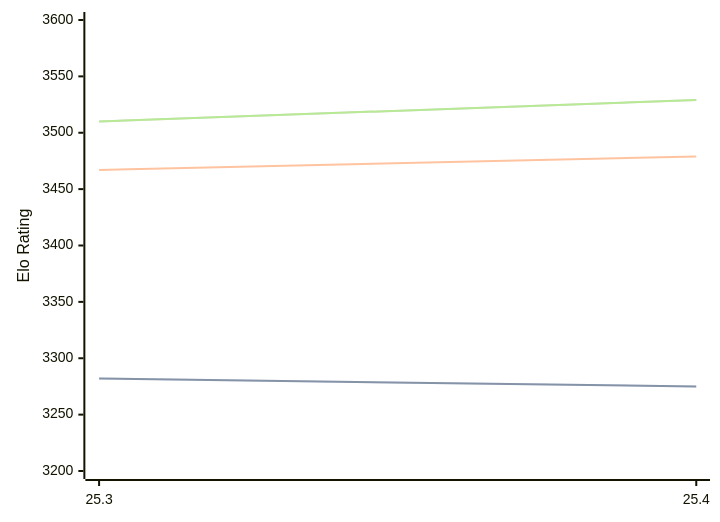
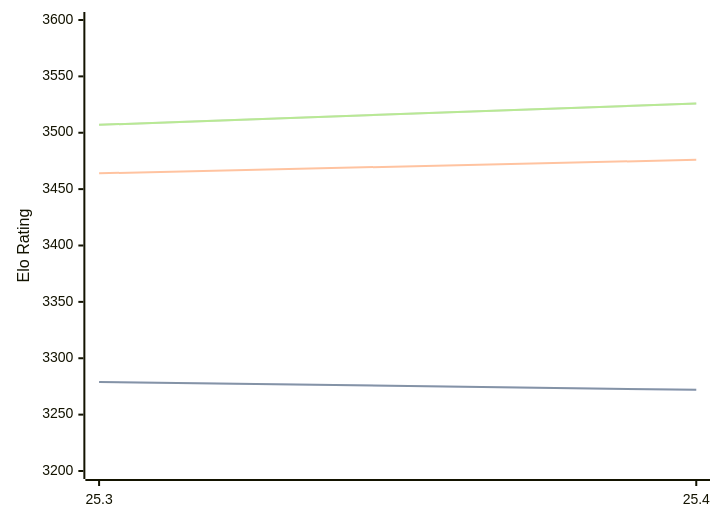
Before and after one commit to computer-chess-index/cci: the diagram in engines/Arasan.md, drawn with Mermaid. The commit also changed other lines of this file, not shown here.

Commit message:
Update CCI Ratings (ELO VLTC) - 2026-04-23

````diff
--- a/engines/Arasan.md
+++ b/engines/Arasan.md
@@ -33,11 +33,11 @@
 ```mermaid
 %%{init: {"theme":"base","themeVariables":{"seriesColors:['#a3a3a3','#222221','#faa371']}}}%%
 xychart-beta
   x-axis ["25.3", "25.4"]
   y-axis "Elo Rating" 3200 --> 3600
-  line "STC (8.0+0.08s)" [3282, 3275]
-  line "STC (8.0+0.08s)" [3282, 3275]
-  line "LTC (60.0+0.60s)" [3467, 3479]
-  line "VLTC (2m24s+1.12s)" [3510, 3529]
-  line "VLTC (2m24s+1.12s)" [3510, 3529]
+  line "STC (8.0+0.08s)" [3279, 3272]
+  line "STC (8.0+0.08s)" [3279, 3272]
+  line "LTC (60.0+0.60s)" [3464, 3476]
+  line "VLTC (2m24s+1.12s)" [3507, 3526]
+  line "VLTC (2m24s+1.12s)" [3507, 3526]
 ```
````
